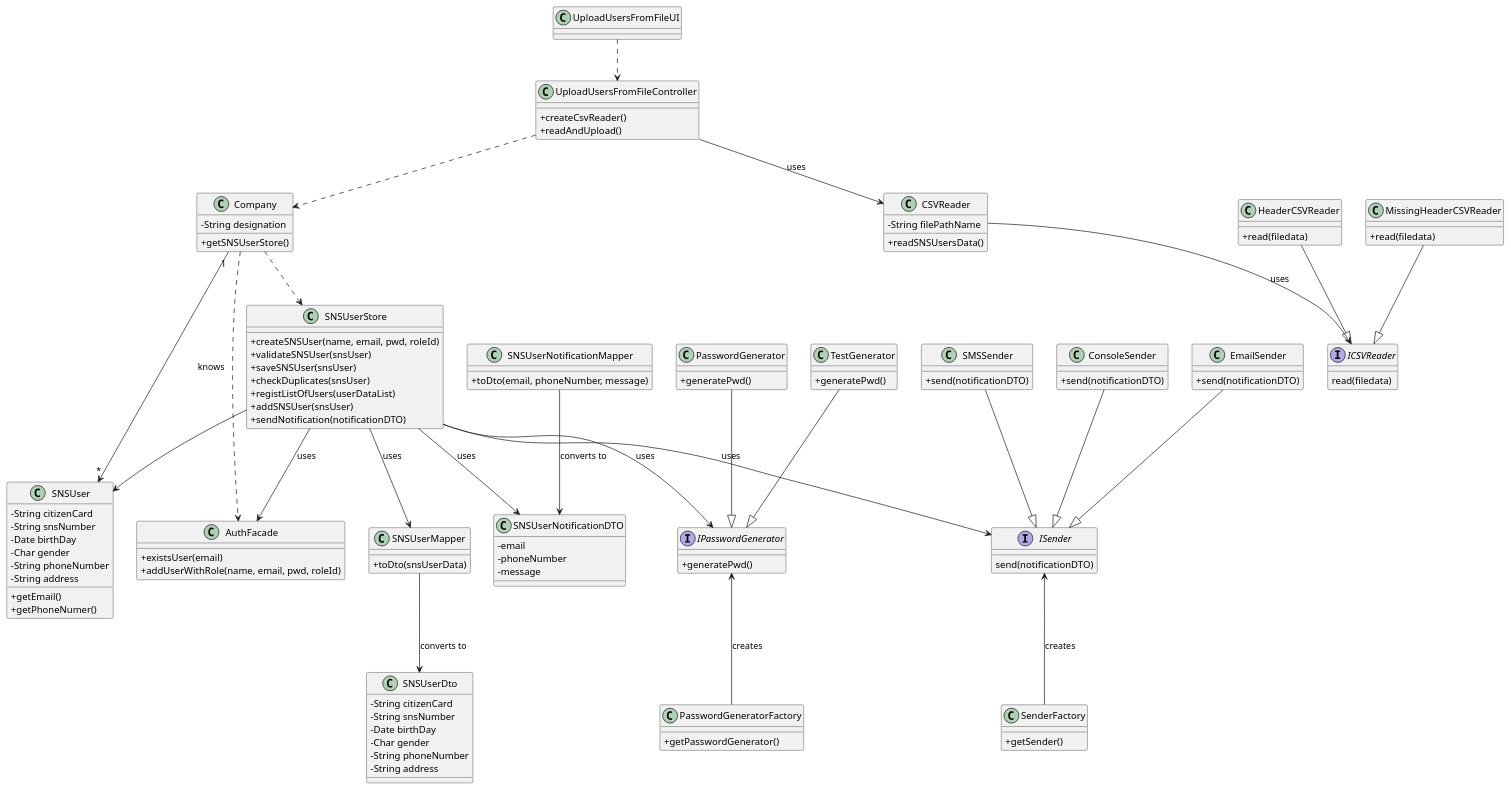
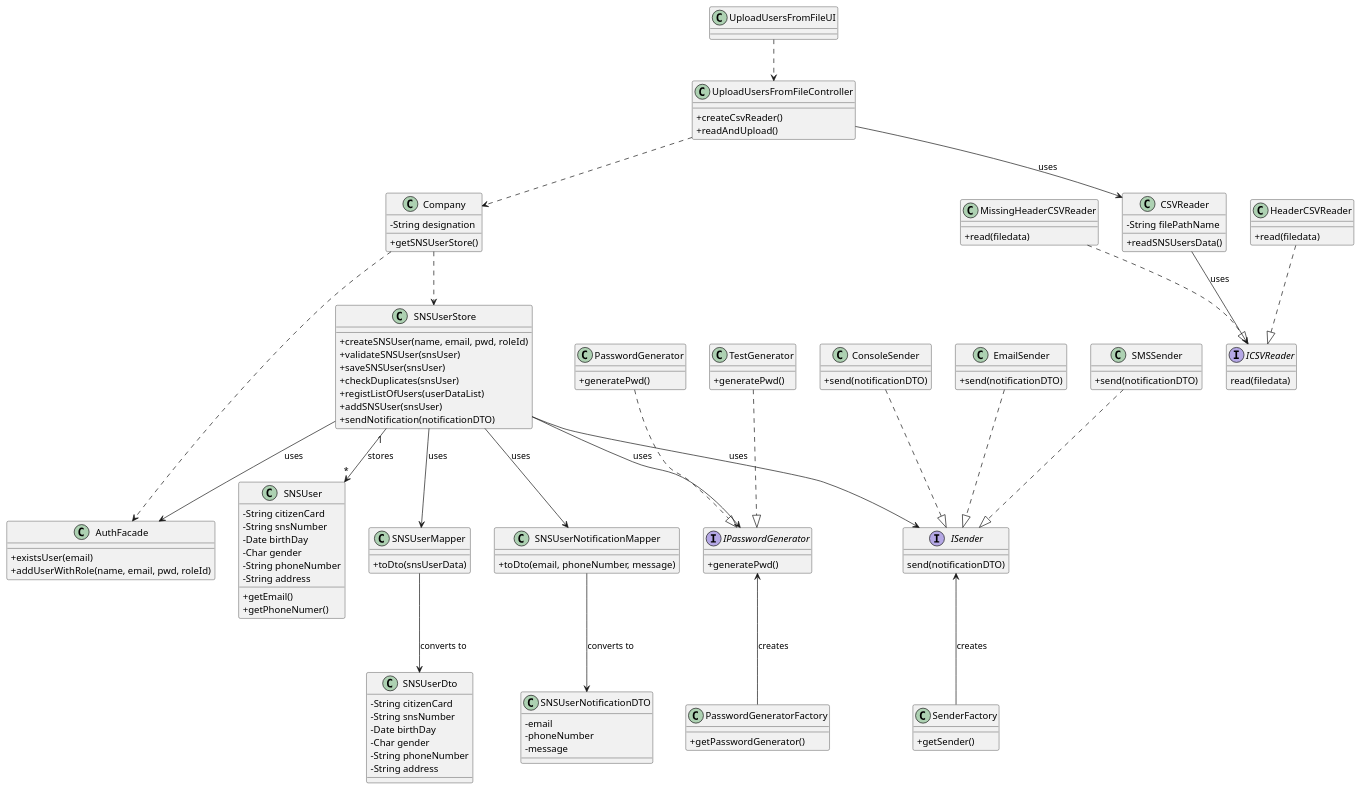
Before and after one commit to miseEnPlace-i/lapr2: the diagram in docs/SprintC/US14/CD/US14_CD.puml, drawn with PlantUML. The commit also changed 6 other files, not shown here.

```diff
--- a/docs/SprintC/US14/CD/US14_CD.puml
+++ b/docs/SprintC/US14/CD/US14_CD.puml
@@ -1,143 +1,142 @@
 @startuml
 skinparam classAttributeIconSize 0
 
 class AuthFacade {
   + existsUser(email)
   + addUserWithRole(name, email, pwd, roleId)
 }
 
 class Company {
   - String designation
   + getSNSUserStore()
 }
 
 class UploadUsersFromFileController {
   + createCsvReader()
   + readAndUpload()
 }
 
 class UploadUsersFromFileUI { }
 
 class SNSUser {
   - String citizenCard
   - String snsNumber
   - Date birthDay
   - Char gender
   - String phoneNumber
   - String address
 
   +getEmail()
   +getPhoneNumer()
 }
 
 class SNSUserStore {
   + createSNSUser(name, email, pwd, roleId)
   + validateSNSUser(snsUser)
   + saveSNSUser(snsUser)
   + checkDuplicates(snsUser)
   + registListOfUsers(userDataList)
   + addSNSUser(snsUser)
   + sendNotification(notificationDTO)
 }
 
 interface IPasswordGenerator {
   + generatePwd()
 }
 
 class PasswordGenerator {
   + generatePwd()
 }
 class TestGenerator {
   + generatePwd()
 }
 
 class PasswordGeneratorFactory {
   + getPasswordGenerator()
 }
 
 interface ISender {
   send(notificationDTO)
 }
 
 class ConsoleSender {
   + send(notificationDTO)
 }
 class EmailSender {
   + send(notificationDTO)
 }
 class SMSSender {
   + send(notificationDTO)
 }
 
 
 
 class SenderFactory {
   + getSender()
 }
 
 class CSVReader {
   - String filePathName
 
   + readSNSUsersData()
 }
 
 interface ICSVReader{
   read(filedata)
 }
 
 class HeaderCSVReader { 
   + read(filedata)
 }
 class MissingHeaderCSVReader{
   + read(filedata)
 }
 
 class SNSUserMapper{
   + toDto(snsUserData)
 }
 
 class SNSUserDto{
   - String citizenCard
   - String snsNumber
   - Date birthDay
   - Char gender
   - String phoneNumber
   - String address
 }
 
 class SNSUserNotificationMapper{
   + toDto(email, phoneNumber, message)
 }
 
 class SNSUserNotificationDTO{
   -email
   -phoneNumber
   -message
 }
 
 Company ..> SNSUserStore
 Company ..> AuthFacade
-Company "1" --> "*" SNSUser : knows
 UploadUsersFromFileController ..> Company
 UploadUsersFromFileUI ..> UploadUsersFromFileController
 UploadUsersFromFileController --> CSVReader : uses
 CSVReader --> ICSVReader : uses
 SNSUserStore --> AuthFacade : uses
 SNSUserStore --> IPasswordGenerator : uses
 IPasswordGenerator <-- PasswordGeneratorFactory : creates
 SNSUserStore --> ISender : uses
 ISender <-- SenderFactory : creates
-SNSUserStore --> SNSUser
+SNSUserStore "1" --> "*" SNSUser: stores
 SNSUserStore --> SNSUserMapper : uses
 SNSUserMapper --> SNSUserDto : converts to
-SNSUserStore --> SNSUserNotificationDTO : uses
+SNSUserStore --> SNSUserNotificationMapper : uses
 SNSUserNotificationMapper --> SNSUserNotificationDTO : converts to
-HeaderCSVReader --|> ICSVReader
-MissingHeaderCSVReader --|> ICSVReader
-SMSSender --|> ISender
-EmailSender --|> ISender
-ConsoleSender --|> ISender
-PasswordGenerator --|> IPasswordGenerator 
-TestGenerator --|> IPasswordGenerator 
+HeaderCSVReader ..|>ICSVReader
+MissingHeaderCSVReader ..|>ICSVReader
+SMSSender ..|>ISender
+EmailSender ..|>ISender
+ConsoleSender ..|>ISender
+PasswordGenerator ..|>IPasswordGenerator 
+TestGenerator ..|> IPasswordGenerator 
 
 @enduml
```
